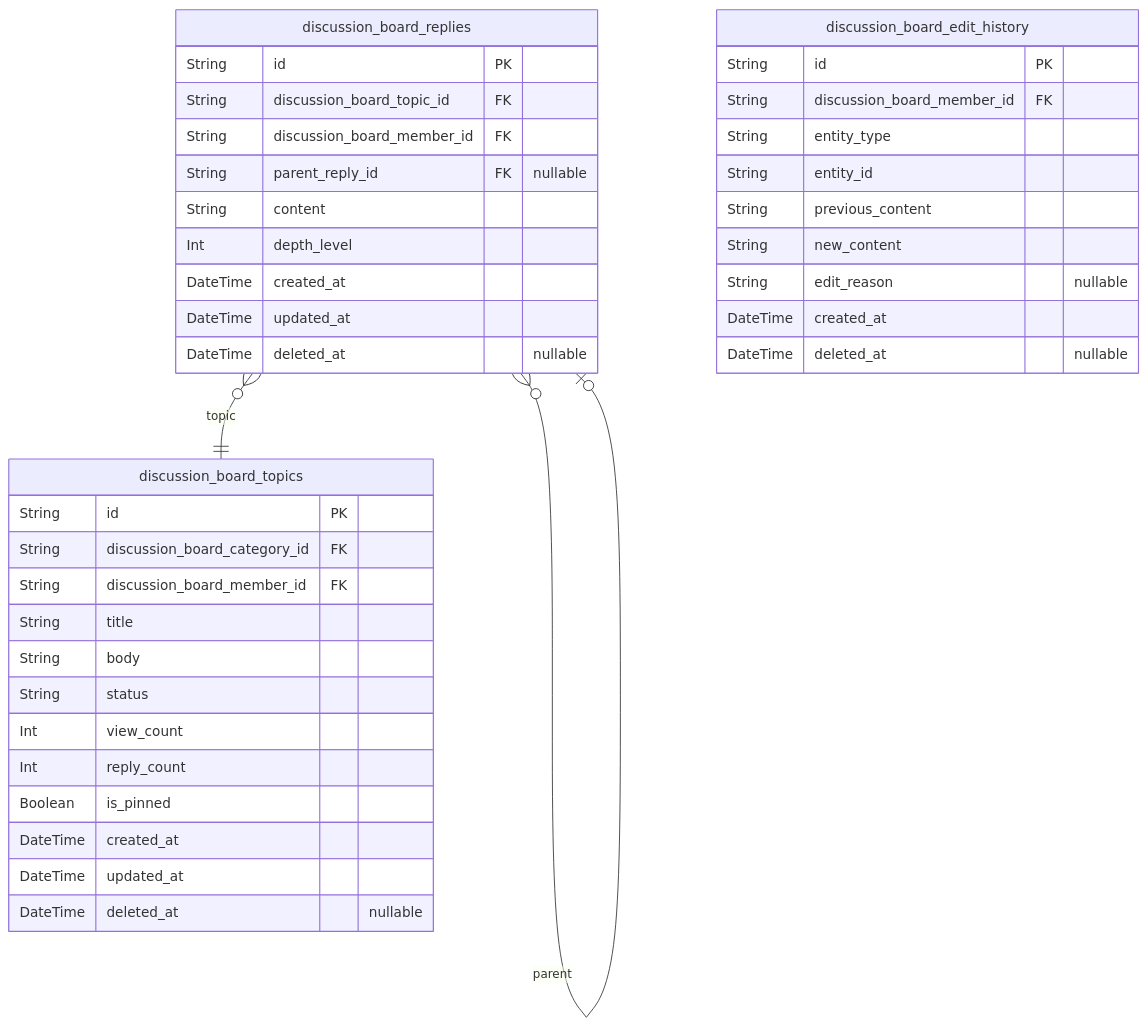
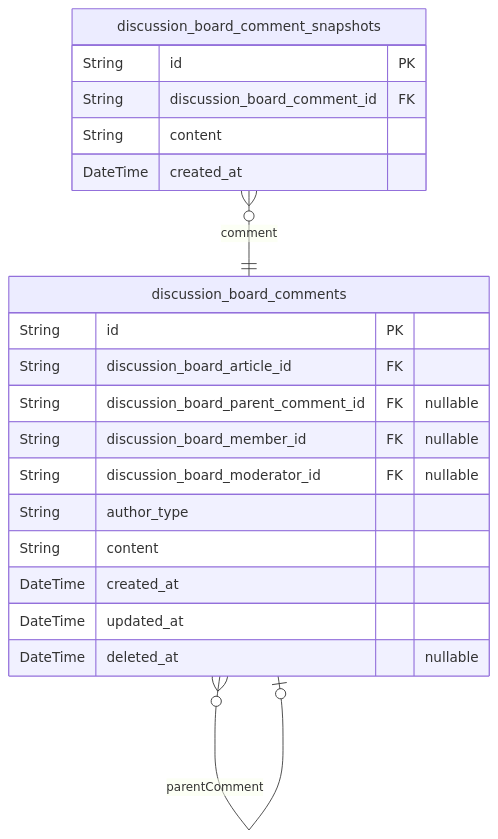
One commit to wrtnlabs/autobe-examples changed the fourth of 6 diagrams in anthropic/claude-sonnet-4.5/bbs/docs/ERD.md. Above: the diagram before and after it, drawn with Mermaid. The commit also changed other lines of this file and 16146 other files, not shown here.

````diff
--- a/anthropic/claude-sonnet-4.5/bbs/docs/ERD.md
+++ b/anthropic/claude-sonnet-4.5/bbs/docs/ERD.md
@@ -655,41 +442,23 @@
 ```mermaid
 erDiagram
-"discussion_board_topics" {
+"discussion_board_comments" {
   String id PK
-  String discussion_board_category_id FK
-  String discussion_board_member_id FK
-  String title
-  String body
-  String status
-  Int view_count
-  Int reply_count
-  Boolean is_pinned
+  String discussion_board_article_id FK
+  String discussion_board_parent_comment_id FK "nullable"
+  String discussion_board_member_id FK "nullable"
+  String discussion_board_moderator_id FK "nullable"
+  String author_type
+  String content
   DateTime created_at
   DateTime updated_at
   DateTime deleted_at "nullable"
 }
-"discussion_board_replies" {
+"discussion_board_comment_snapshots" {
   String id PK
-  String discussion_board_topic_id FK
-  String discussion_board_member_id FK
-  String parent_reply_id FK "nullable"
+  String discussion_board_comment_id FK
   String content
-  Int depth_level
   DateTime created_at
-  DateTime updated_at
-  DateTime deleted_at "nullable"
 }
-"discussion_board_edit_history" {
-  String id PK
-  String discussion_board_member_id FK
-  String entity_type
-  String entity_id
-  String previous_content
-  String new_content
-  String edit_reason "nullable"
-  DateTime created_at
-  DateTime deleted_at "nullable"
-}
-"discussion_board_replies" }o--|| "discussion_board_topics" : topic
-"discussion_board_replies" }o--o| "discussion_board_replies" : parent
+"discussion_board_comments" }o--o| "discussion_board_comments" : parentComment
+"discussion_board_comment_snapshots" }o--|| "discussion_board_comments" : comment
 ```
````
